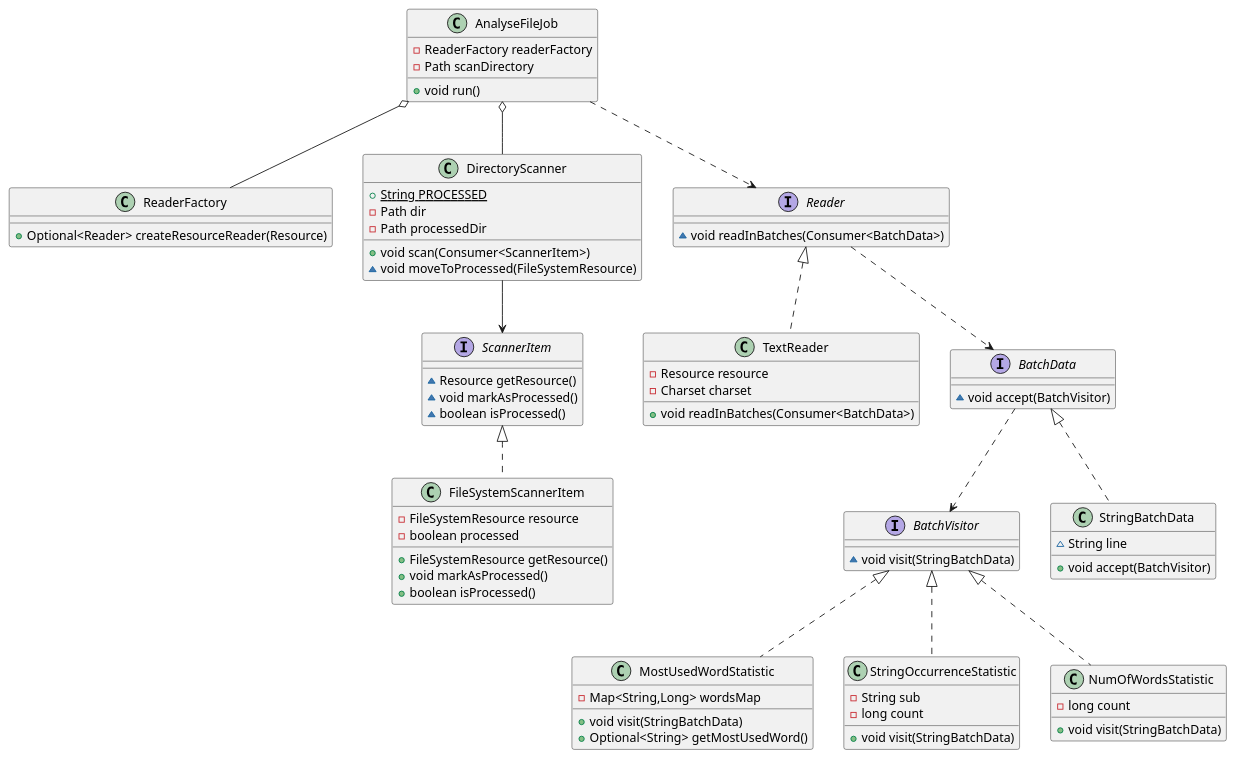
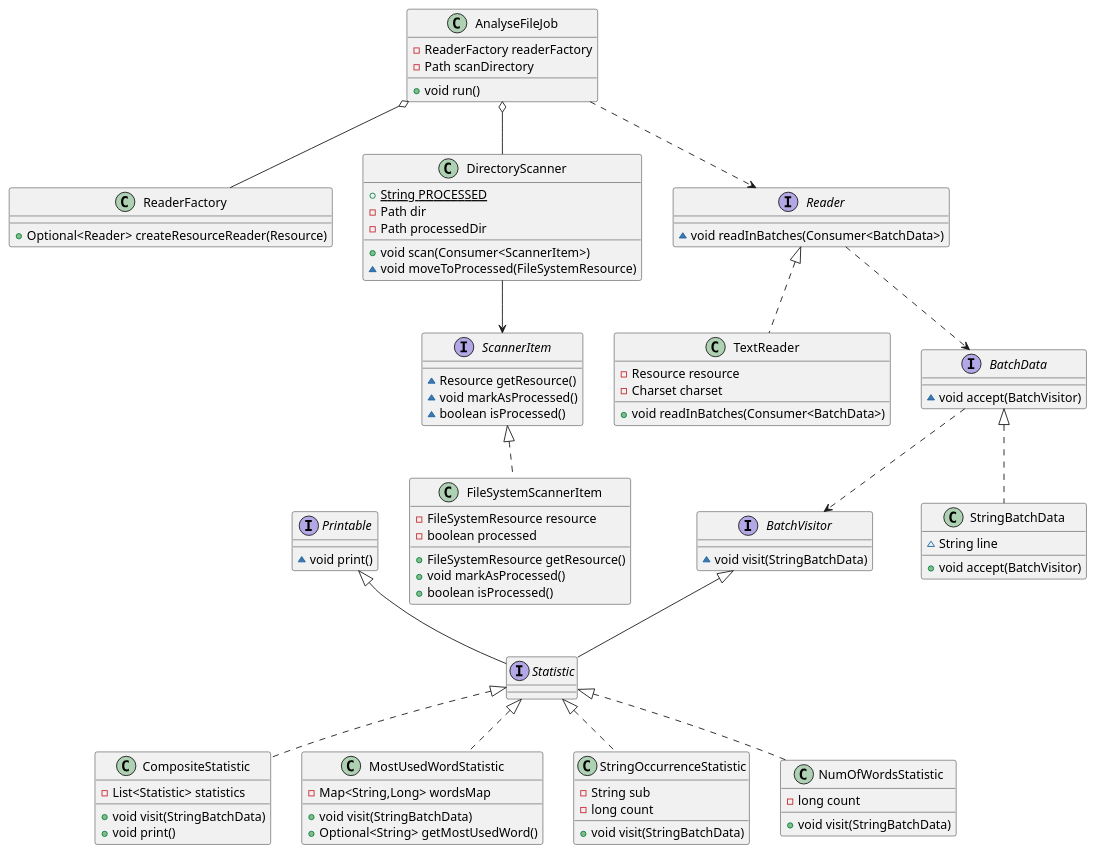
Before and after one commit to lookassh/hicx: the diagram in diagrams/class-diagram.puml, drawn with PlantUML. The commit also changed 12 other files, not shown here.

```diff
--- a/diagrams/class-diagram.puml
+++ b/diagrams/class-diagram.puml
@@ -1,79 +1,91 @@
 @startuml
+interface Statistic {
+}
+interface Printable {
+~ void print()
+}
+class CompositeStatistic {
+- List<Statistic> statistics
++ void visit(StringBatchData)
++ void print()
+}
 class MostUsedWordStatistic {
 - Map<String,Long> wordsMap
 + void visit(StringBatchData)
 + Optional<String> getMostUsedWord()
 }
 class ReaderFactory {
 + Optional<Reader> createResourceReader(Resource)
 }
 class StringOccurrenceStatistic {
 - String sub
 - long count
 + void visit(StringBatchData)
 }
 interface BatchVisitor {
 ~ void visit(StringBatchData)
 }
 class AnalyseFileJob {
 - ReaderFactory readerFactory
 - Path scanDirectory
 + void run()
 }
 class DirectoryScanner {
 + {static} String PROCESSED
 - Path dir
 - Path processedDir
 + void scan(Consumer<ScannerItem>)
 ~ void moveToProcessed(FileSystemResource)
 }
 class FileSystemScannerItem {
 - FileSystemResource resource
 - boolean processed
 + FileSystemResource getResource()
 + void markAsProcessed()
 + boolean isProcessed()
 }
 interface Reader {
 ~ void readInBatches(Consumer<BatchData>)
 }
 class TextReader {
 - Resource resource
 - Charset charset
 + void readInBatches(Consumer<BatchData>)
 }
 interface BatchData {
 ~ void accept(BatchVisitor)
 }
 class NumOfWordsStatistic {
 - long count
 + void visit(StringBatchData)
 }
 class StringBatchData {
 ~ String line
 + void accept(BatchVisitor)
 }
 interface ScannerItem {
 ~ Resource getResource()
 ~ void markAsProcessed()
 ~ boolean isProcessed()
 }
 
-
-BatchVisitor <|.. MostUsedWordStatistic
-BatchVisitor <|.. StringOccurrenceStatistic
+BatchVisitor <|-- Statistic
+Printable <|-- Statistic
+Statistic <|.. MostUsedWordStatistic
+Statistic <|.. StringOccurrenceStatistic
+Statistic <|.. NumOfWordsStatistic
+Statistic <|.. CompositeStatistic
 ScannerItem <|.. FileSystemScannerItem
 Reader <|.. TextReader
-BatchVisitor <|.. NumOfWordsStatistic
 BatchData <|.. StringBatchData
 BatchData ..> BatchVisitor
 
 AnalyseFileJob o-- ReaderFactory
 AnalyseFileJob o-- DirectoryScanner
 
 Reader ..> BatchData
 
 DirectoryScanner --> ScannerItem
 AnalyseFileJob ..> Reader
 
 @enduml
```
